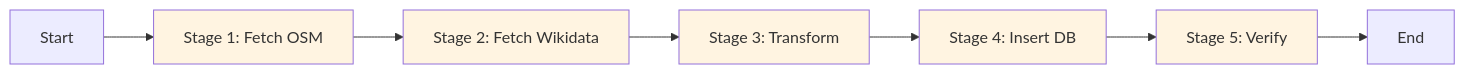
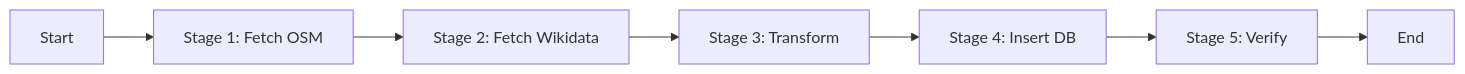
One commit to DaxServer/geocode-commons-categories changed the tenth of 12 diagrams in docs/import/architecture.md. Above: the diagram before and after it, drawn with Mermaid. The commit also changed other lines of this file and 5 other files, not shown here.

````diff
--- a/docs/import/architecture.md
+++ b/docs/import/architecture.md
@@ -394,15 +379,10 @@
 ```mermaid
 graph LR
     A[Start] --> B[Stage 1: Fetch OSM]
     B --> C[Stage 2: Fetch Wikidata]
     C --> D[Stage 3: Transform]
     D --> E[Stage 4: Insert DB]
     E --> F[Stage 5: Verify]
     F --> G[End]
 
-    style B fill:#fff4e1
-    style C fill:#fff4e1
-    style D fill:#fff4e1
-    style E fill:#fff4e1
-    style F fill:#fff4e1
 ```
````
